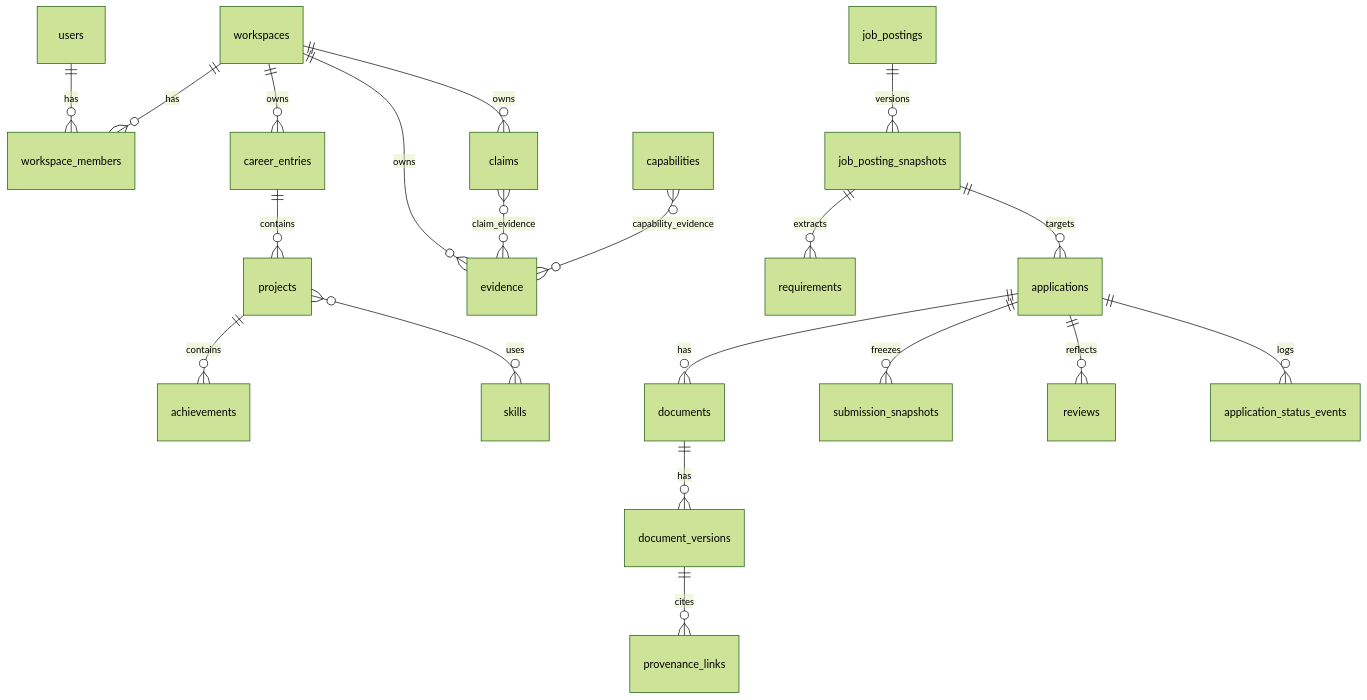
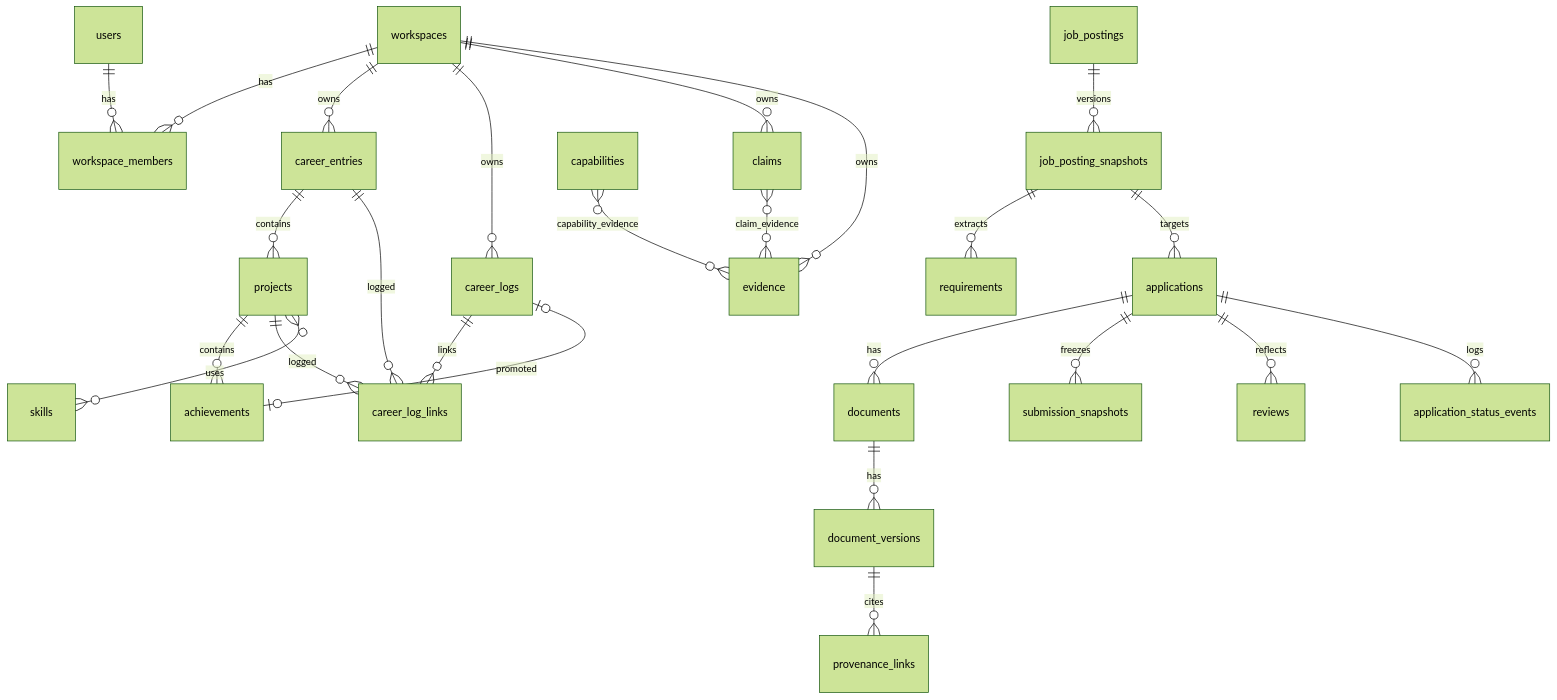
Before and after one commit to polynomeer/proofu: the diagram in docs/data/erd.md, drawn with Mermaid (forest theme). The commit also changed other lines of this file and 13 other files, not shown here.

````diff
--- a/docs/data/erd.md
+++ b/docs/data/erd.md
@@ -24,22 +26,27 @@
 ```mermaid
 erDiagram
   users ||--o{ workspace_members : has
   workspaces ||--o{ workspace_members : has
   workspaces ||--o{ career_entries : owns
   career_entries ||--o{ projects : contains
   projects ||--o{ achievements : contains
+  workspaces ||--o{ career_logs : owns
+  career_logs ||--o{ career_log_links : links
+  career_entries ||--o{ career_log_links : logged
+  projects ||--o{ career_log_links : logged
+  career_logs |o--o| achievements : promoted
   projects }o--o{ skills : uses
   workspaces ||--o{ claims : owns
   workspaces ||--o{ evidence : owns
   claims }o--o{ evidence : claim_evidence
   capabilities }o--o{ evidence : capability_evidence
   job_postings ||--o{ job_posting_snapshots : versions
   job_posting_snapshots ||--o{ requirements : extracts
   job_posting_snapshots ||--o{ applications : targets
   applications ||--o{ documents : has
   documents ||--o{ document_versions : has
   document_versions ||--o{ provenance_links : cites
   applications ||--o{ submission_snapshots : freezes
   applications ||--o{ reviews : reflects
   applications ||--o{ application_status_events : logs
 ```
````
